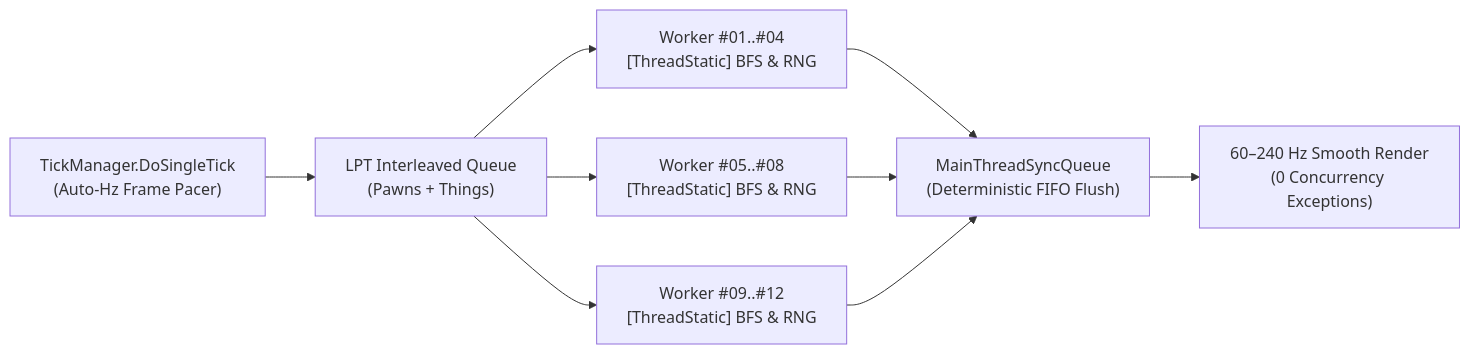
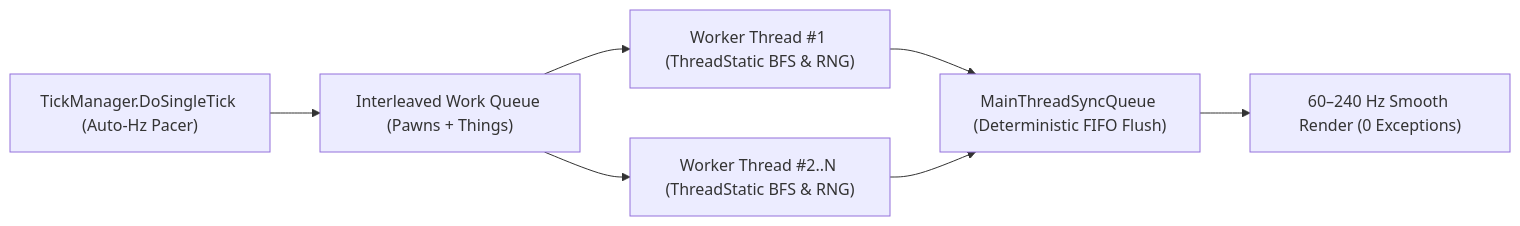
One commit to ignxo/OmniThread changed the diagram in README.md. Above: the diagram before and after it, drawn with Mermaid. The commit also changed other lines of this file, not shown here.

Commit message:
docs: fix Key Features & Controls accuracy and Mermaid node labels

````diff
--- a/README.md
+++ b/README.md
@@ -63,9 +63,8 @@
 ```mermaid
 flowchart LR
-    A["TickManager.DoSingleTick\n(Auto-Hz Frame Pacer)"] --> B["LPT Interleaved Queue\n(Pawns + Things)"]
-    B --> C1["Worker #01..#04\n[ThreadStatic] BFS & RNG"]
-    B --> C2["Worker #05..#08\n[ThreadStatic] BFS & RNG"]
-    B --> C3["Worker #09..#12\n[ThreadStatic] BFS & RNG"]
-    C1 & C2 & C3 --> D["MainThreadSyncQueue\n(Deterministic FIFO Flush)"]
-    D --> E["60–240 Hz Smooth Render\n(0 Concurrency Exceptions)"]
+    A["TickManager.DoSingleTick (Auto-Hz Pacer)"] --> B["Interleaved Work Queue (Pawns + Things)"]
+    B --> C1["Worker Thread #1 (ThreadStatic BFS & RNG)"]
+    B --> C2["Worker Thread #2..N (ThreadStatic BFS & RNG)"]
+    C1 & C2 --> D["MainThreadSyncQueue (Deterministic FIFO Flush)"]
+    D --> E["60–240 Hz Smooth Render (0 Exceptions)"]
 ```
````
